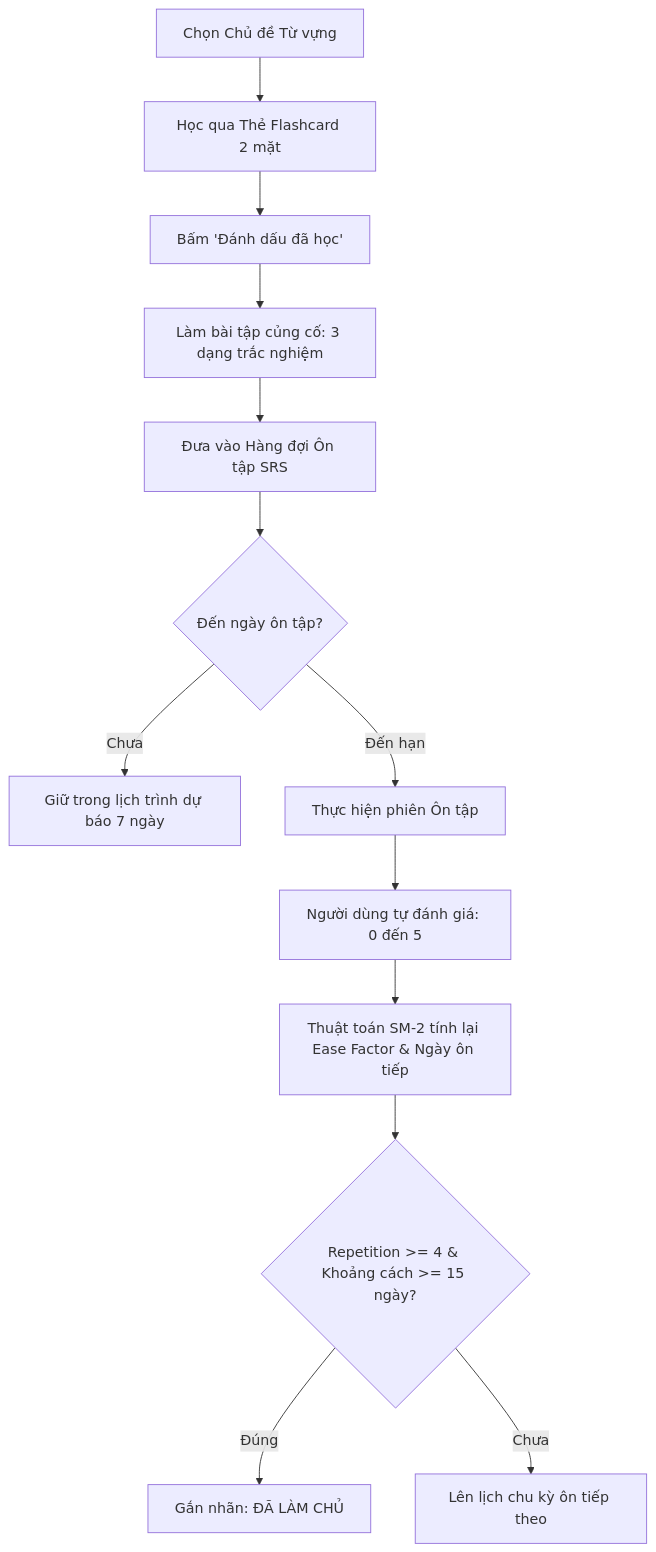
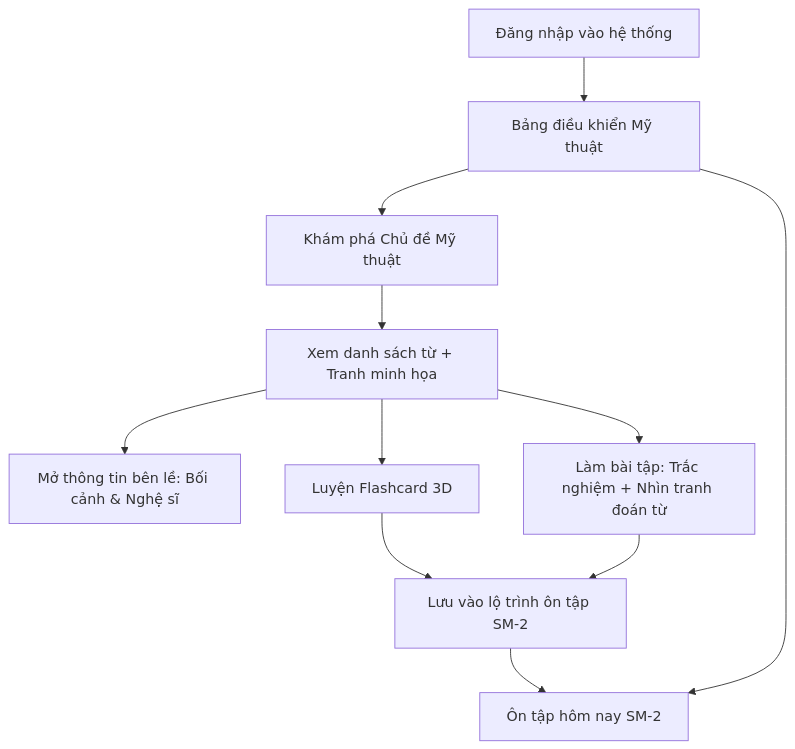
Before and after one commit to minhcute11921997-ui/english-learning-platform: the diagram in TONG_HOP_CHUC_NANG.md, drawn with Mermaid. The commit also changed other lines of this file and 55 other files, not shown here.

````diff
--- a/TONG_HOP_CHUC_NANG.md
+++ b/TONG_HOP_CHUC_NANG.md
@@ -109,15 +62,15 @@
 ```mermaid
 flowchart TD
-    Topic[Chọn Chủ đề Từ vựng] --> Flashcard[Học qua Thẻ Flashcard 2 mặt]
-    Flashcard --> MarkLearned[Bấm 'Đánh dấu đã học']
-    MarkLearned --> Exercise[Làm bài tập củng cố: 3 dạng trắc nghiệm]
-    Exercise --> ReviewQueue[Đưa vào Hàng đợi Ôn tập SRS]
-    ReviewQueue --> DueCheck{Đến ngày ôn tập?}
-    DueCheck -- Chưa --> Wait[Giữ trong lịch trình dự báo 7 ngày]
-    DueCheck -- Đến hạn --> SRSStudy[Thực hiện phiên Ôn tập]
-    SRSStudy --> SelfRating[Người dùng tự đánh giá: 0 đến 5]
-    SelfRating --> CalcSM2[Thuật toán SM-2 tính lại Ease Factor & Ngày ôn tiếp]
-    CalcSM2 --> MasterCheck{Repetition >= 4 & Khoảng cách >= 15 ngày?}
-    MasterCheck -- Đúng --> Mastered[Gắn nhãn: ĐÃ LÀM CHỦ]
-    MasterCheck -- Chưa --> NextCycle[Lên lịch chu kỳ ôn tiếp theo]
+  A[Đăng nhập vào hệ thống] --> B[Bảng điều khiển Mỹ thuật]
+  B --> C[Khám phá Chủ đề Mỹ thuật]
+  B --> D[Ôn tập hôm nay SM-2]
+  
+  C --> E[Xem danh sách từ + Tranh minh họa]
+  E --> F[Mở thông tin bên lề: Bối cảnh & Nghệ sĩ]
+  E --> G[Luyện Flashcard 3D]
+  E --> H[Làm bài tập: Trắc nghiệm + Nhìn tranh đoán từ]
+  
+  G --> I[Lưu vào lộ trình ôn tập SM-2]
+  H --> I
+  I --> D
 ```
````
